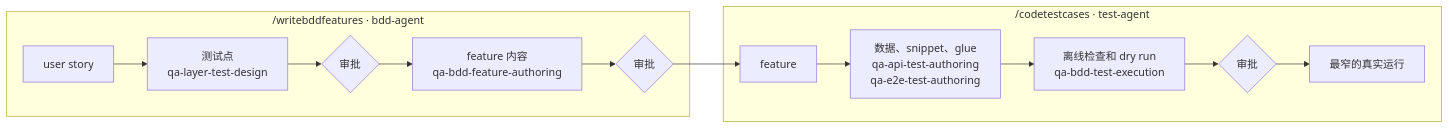
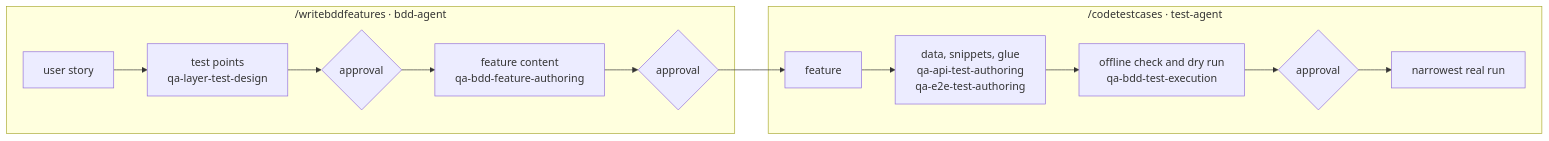
One commit to Hellen-Zhu/Oreo-e2e changed the sixth of 6 diagrams in docs/demo/oreo-kt-confluence.md. Above: the diagram before and after it, drawn with Mermaid. The commit also changed other lines of this file and 1 other file, not shown here.

Commit message:
Docs: KT content for Confluence in English

````diff
--- a/docs/demo/oreo-kt-confluence.md
+++ b/docs/demo/oreo-kt-confluence.md
@@ -263,10 +284,10 @@
 ```mermaid
 flowchart LR
     subgraph W["/writebddfeatures · bdd-agent"]
-        W1[user story] --> W2["测试点<br/>qa-layer-test-design"] --> W3{审批} --> W4["feature 内容<br/>qa-bdd-feature-authoring"] --> W5{审批}
+        W1[user story] --> W2["test points<br/>qa-layer-test-design"] --> W3{approval} --> W4["feature content<br/>qa-bdd-feature-authoring"] --> W5{approval}
     end
     subgraph C["/codetestcases · test-agent"]
-        C1[feature] --> C2["数据、snippet、glue<br/>qa-api-test-authoring<br/>qa-e2e-test-authoring"] --> C3["离线检查和 dry run<br/>qa-bdd-test-execution"] --> C4{审批} --> C5[最窄的真实运行]
+        C1[feature] --> C2["data, snippets, glue<br/>qa-api-test-authoring<br/>qa-e2e-test-authoring"] --> C3["offline check and dry run<br/>qa-bdd-test-execution"] --> C4{approval} --> C5[narrowest real run]
     end
     W5 --> C1
 ```
````
